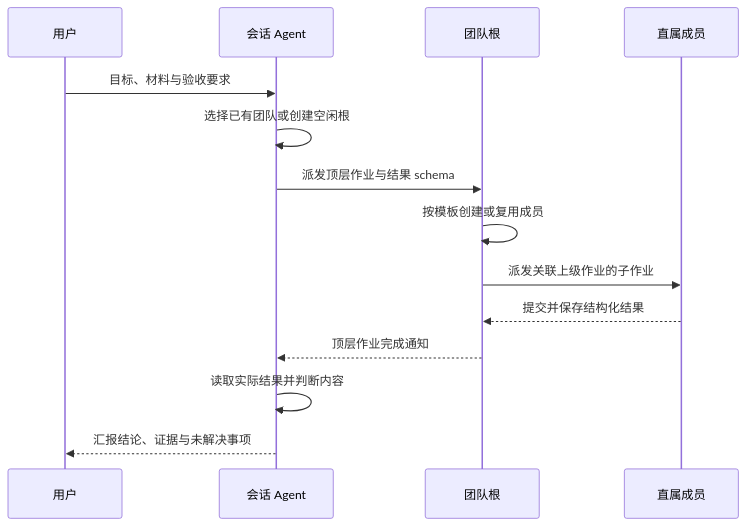
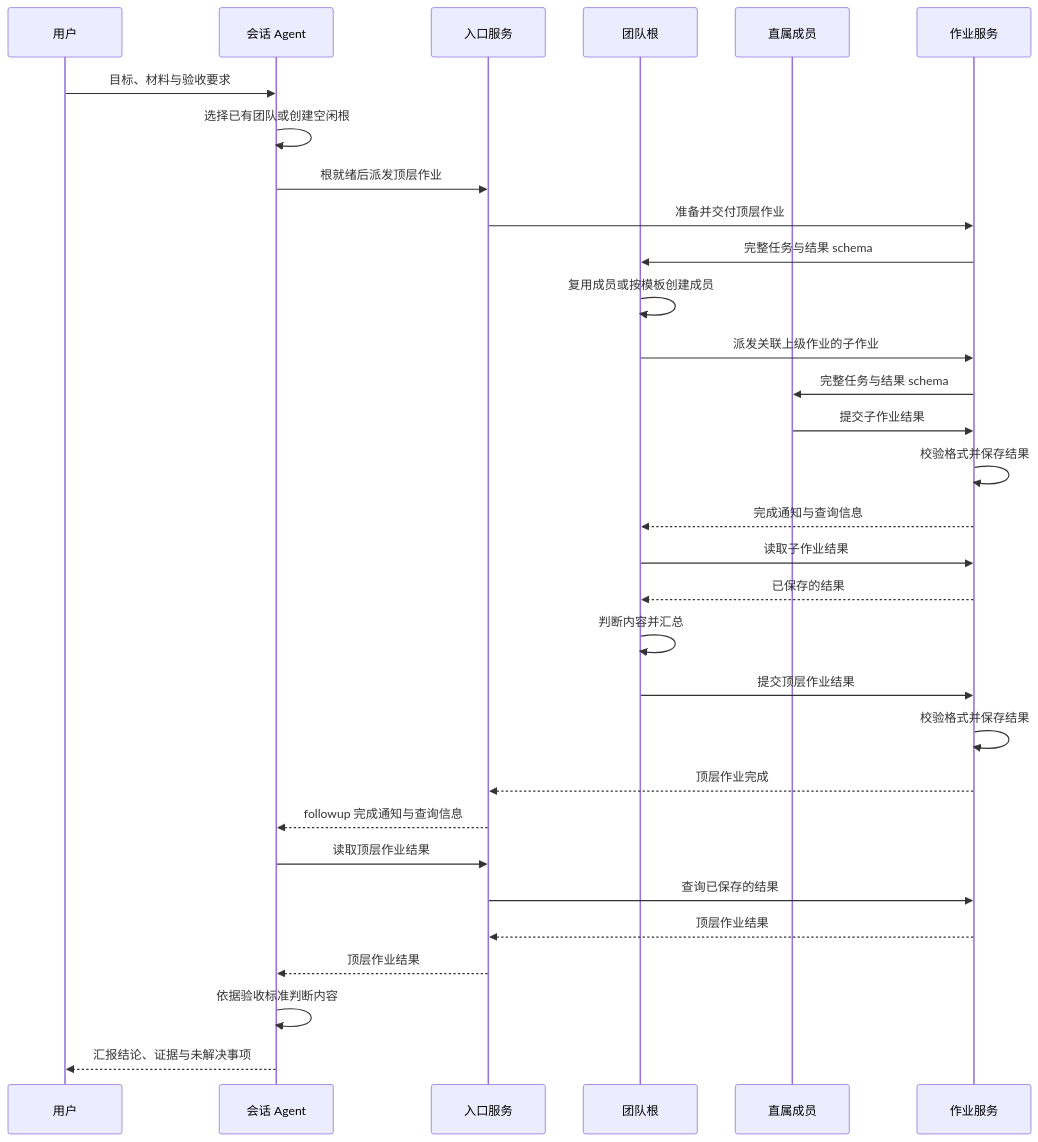
One commit to Luohaothu/dsh-flow changed the diagram in docs/design/quick-start.md. Above: the diagram before and after it, drawn with Mermaid. The commit also changed other lines of this file and 5 other files, not shown here.

````diff
--- a/docs/design/quick-start.md
+++ b/docs/design/quick-start.md
@@ -30,16 +32,33 @@
 ```mermaid
 sequenceDiagram
     participant U as 用户
     participant C as 会话 Agent
+    participant E as 入口服务
     participant R as 团队根
     participant M as 直属成员
+    participant S as 作业服务
     U->>C: 目标、材料与验收要求
     C->>C: 选择已有团队或创建空闲根
-    C->>R: 派发顶层作业与结果 schema
-    R->>R: 按模板创建或复用成员
-    R->>M: 派发关联上级作业的子作业
-    M-->>R: 提交并保存结构化结果
-    R-->>C: 顶层作业完成通知
-    C->>C: 读取实际结果并判断内容
+    C->>E: 根就绪后派发顶层作业
+    E->>S: 准备并交付顶层作业
+    S->>R: 完整任务与结果 schema
+    R->>R: 复用成员或按模板创建成员
+    R->>S: 派发关联上级作业的子作业
+    S->>M: 完整任务与结果 schema
+    M->>S: 提交子作业结果
+    S->>S: 校验格式并保存结果
+    S-->>R: 完成通知与查询信息
+    R->>S: 读取子作业结果
+    S-->>R: 已保存的结果
+    R->>R: 判断内容并汇总
+    R->>S: 提交顶层作业结果
+    S->>S: 校验格式并保存结果
+    S-->>E: 顶层作业完成
+    E-->>C: followup 完成通知与查询信息
+    C->>E: 读取顶层作业结果
+    E->>S: 查询已保存的结果
+    S-->>E: 顶层作业结果
+    E-->>C: 顶层作业结果
+    C->>C: 依据验收标准判断内容
     C-->>U: 汇报结论、证据与未解决事项
 ```
````
